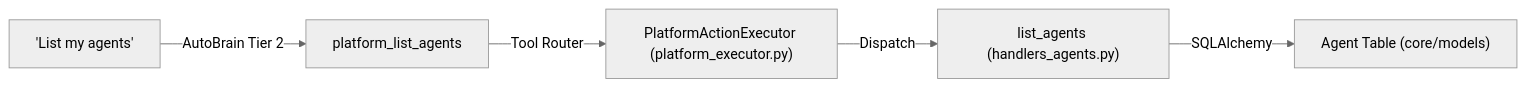
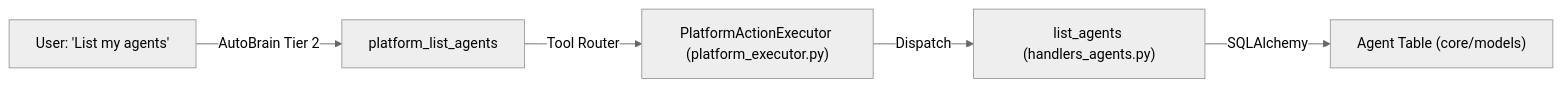
One commit to AutomatosAI/automatos-ai changed the third of 3 diagrams in docs/chat-interface/chat-api-streaming.md. Above: the diagram before and after it, drawn with Mermaid (neutral theme). The commit also changed other lines of this file and 191 other files, not shown here.

````diff
--- a/docs/chat-interface/chat-api-streaming.md
+++ b/docs/chat-interface/chat-api-streaming.md
@@ -182,7 +177,7 @@
 ```mermaid
 graph LR
-    NL["'List my agents'"] -- "AutoBrain Tier 2" --> Hint["platform_list_agents"]
+    NL["User: 'List my agents'"] -- "AutoBrain Tier 2" --> Hint["platform_list_agents"]
     Hint -- "Tool Router" --> Registry["PlatformActionExecutor (platform_executor.py)"]
     Registry -- "Dispatch" --> Handler["list_agents (handlers_agents.py)"]
     Handler -- "SQLAlchemy" --> DB["Agent Table (core/models)"]
 ```
````
